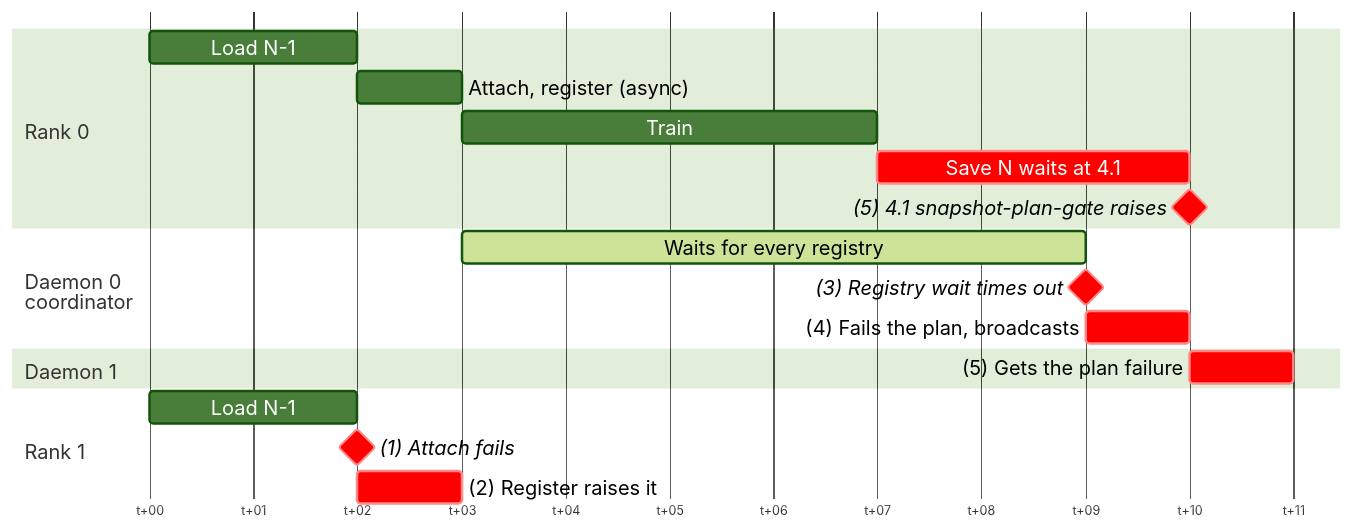
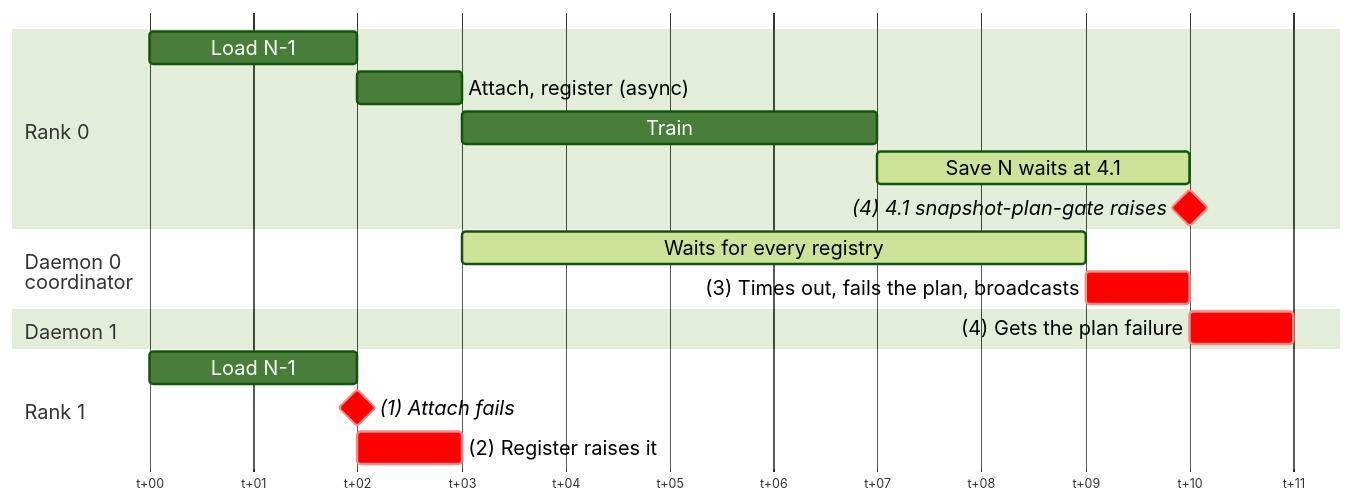
The fifth of 14 diagrams in docs/Design.md (ankurv-nvidia/nvrx_checkpointing), drawn with Mermaid (forest theme) before and after one commit. The commit also changed other lines of this file, not shown here.

Commit message:
Update diagrams

````diff
--- a/docs/Design.md
+++ b/docs/Design.md
@@ -485,27 +482,26 @@
 ```mermaid
-%%{init: {"gantt": {"fontSize": 16, "sectionFontSize": 16, "barHeight": 26, "barGap": 6, "leftPadding": 110, "topPadding": 40}}}%%
+%%{init: {"gantt": {"fontSize": 16, "sectionFontSize": 16, "barHeight": 26, "barGap": 6, "leftPadding": 110, "topPadding": 50}}}%%
 gantt
     dateFormat HH:mm
     axisFormat t+%M
     todayMarker off
 
     section Rank 0
-    Load N-1                            :r0a, 00:00, 2m
-    Attach, register (async)            :r0b, 00:02, 1m
-    Train                               :r0c, 00:03, 4m
-    Save N waits at 4.1                 :crit, r0d, 00:07, 3m
-    (5) 4.1 snapshot-plan-gate raises   :crit, milestone, r0e, 00:10, 0m
+    Load N-1                                  :r0a, 00:00, 2m
+    Attach, register (async)                  :r0b, 00:02, 1m
+    Train                                     :r0c, 00:03, 4m
+    Save N waits at 4.1                       :active, r0d, 00:07, 3m
+    (4) 4.1 snapshot-plan-gate raises         :crit, milestone, r0e, 00:10, 0m
 
     section Daemon 0<br>coordinator
-    Waits for every registry            :active, d0a, 00:03, 6m
-    (3) Registry wait times out         :crit, milestone, d0b, 00:09, 0m
-    (4) Fails the plan, broadcasts      :crit, d0c, 00:09, 1m
+    Waits for every registry                  :active, d0a, 00:03, 6m
+    (3) Times out, fails the plan, broadcasts :crit, d0b, 00:09, 1m
 
     section Daemon 1
-    (5) Gets the plan failure           :crit, d1a, 00:10, 1m
+    (4) Gets the plan failure                 :crit, d1a, 00:10, 1m
 
     section Rank 1
-    Load N-1                            :r1a, 00:00, 2m
-    (1) Attach fails                    :crit, milestone, r1b, 00:02, 0m
-    (2) Register raises it              :crit, r1c, 00:02, 1m
+    Load N-1                                  :r1a, 00:00, 2m
+    (1) Attach fails                          :crit, milestone, r1b, 00:02, 0m
+    (2) Register raises it                    :crit, r1c, 00:02, 1m
 ```
````
